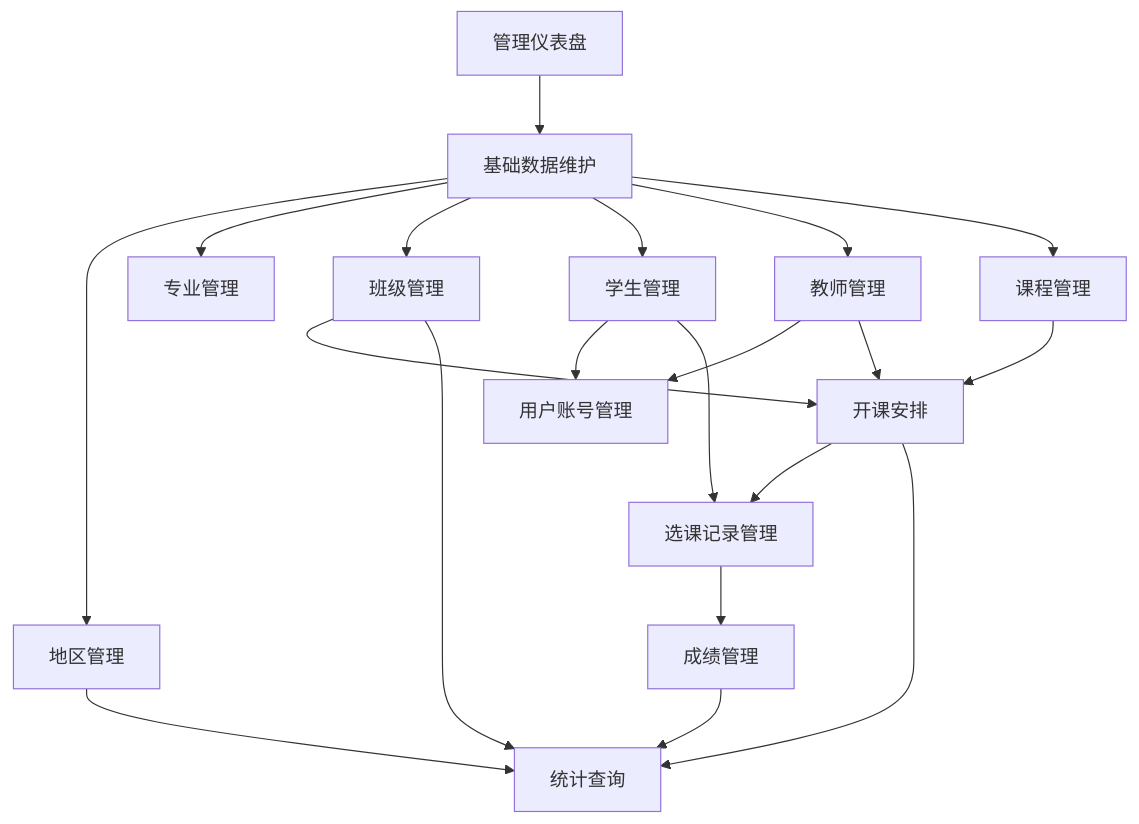
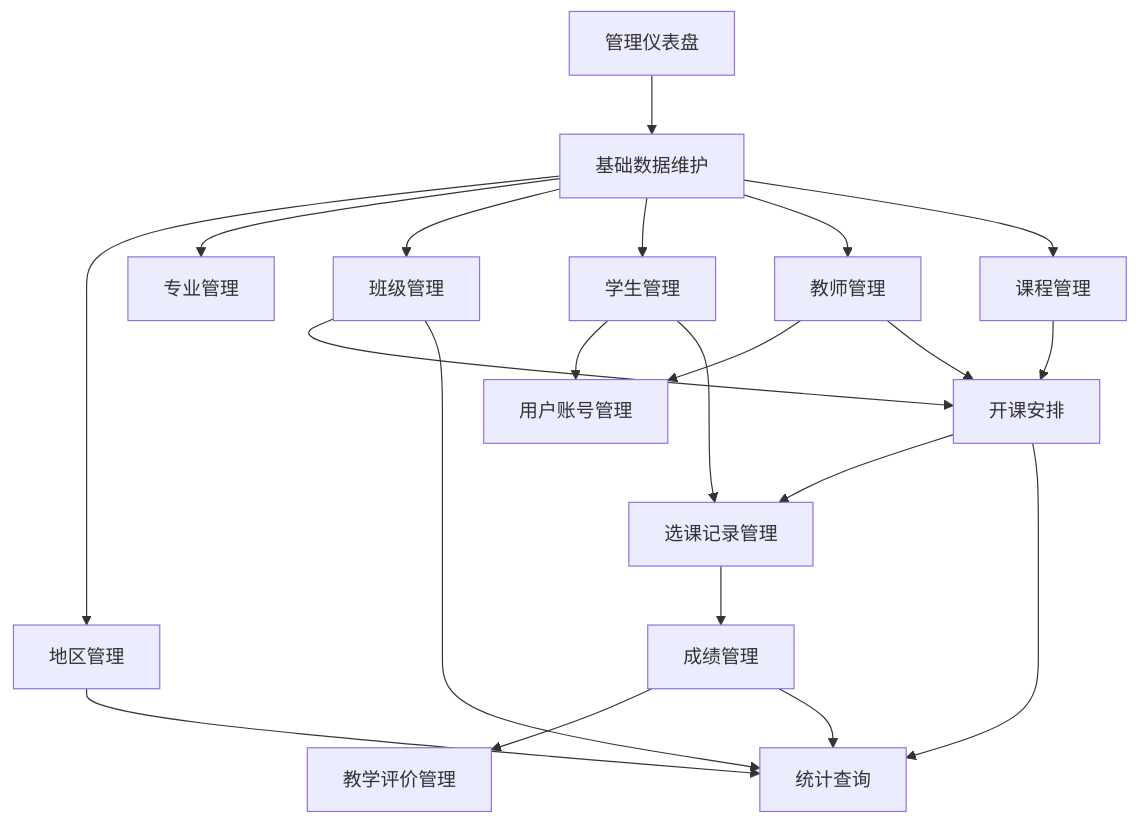
Before and after one commit to ggbond-2025/database-design: the second of 4 diagrams in 角色功能说明.md, drawn with Mermaid. The commit also changed other lines of this file and 48 other files, not shown here.

````diff
--- a/角色功能说明.md
+++ b/角色功能说明.md
@@ -51,23 +61,24 @@
 ```mermaid
 flowchart TD
     A["管理仪表盘"] --> B["基础数据维护"]
     B --> B1["地区管理"]
     B --> B2["专业管理"]
     B --> B3["班级管理"]
     B --> B4["学生管理"]
     B --> B5["教师管理"]
     B --> B6["课程管理"]
 
     B4 --> C["用户账号管理"]
     B5 --> C
     B3 --> D["开课安排"]
     B5 --> D
     B6 --> D
     D --> E["选课记录管理"]
     B4 --> E
     E --> F["成绩管理"]
+    F --> H["教学评价管理"]
     F --> G["统计查询"]
     B1 --> G
     B3 --> G
     D --> G
 ```
````
